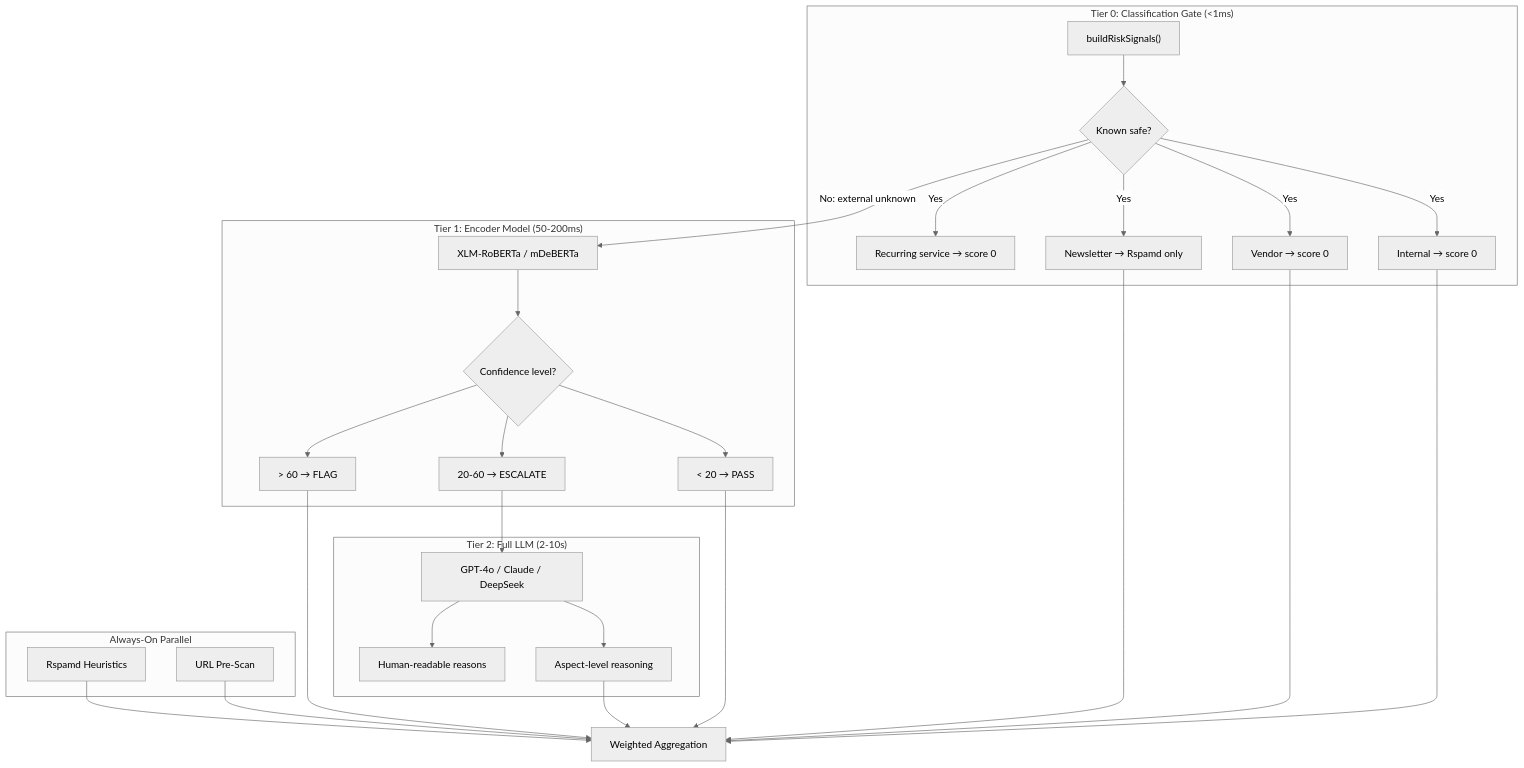
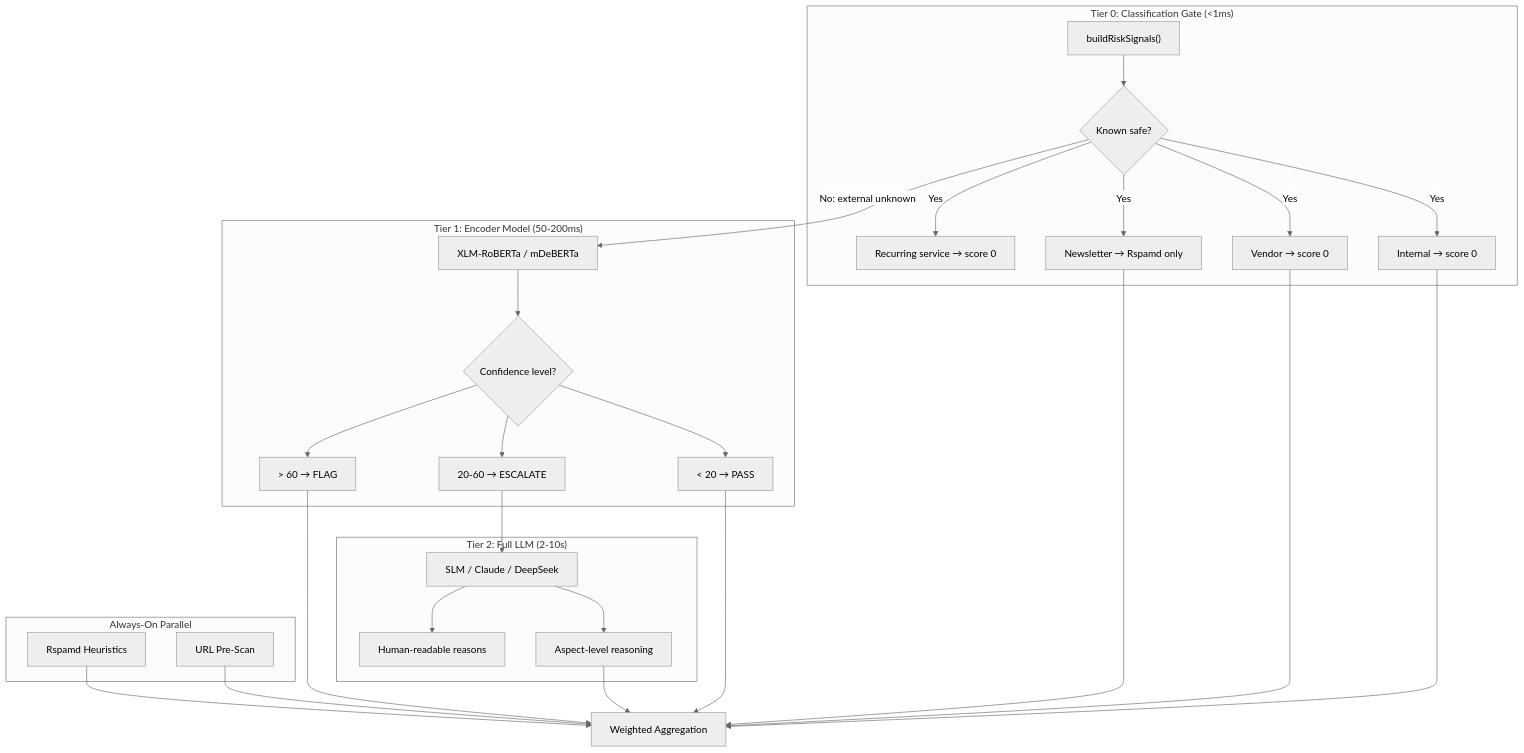
One commit to kennguy3n/sn360-es changed the third of 4 diagrams in internal/docs/ARCHITECTURE.md. Above: the diagram before and after it, drawn with Mermaid (neutral theme). The commit also changed other lines of this file and 3 other files, not shown here.

````diff
--- a/internal/docs/ARCHITECTURE.md
+++ b/internal/docs/ARCHITECTURE.md
@@ -178,53 +178,53 @@
 ```mermaid
 graph TD
     subgraph "Tier 0: Classification Gate (<1ms)"
         RS["buildRiskSignals()"]
         Gate{"Known safe?"}
         Internal["Internal → score 0"]
         Vendor["Vendor → score 0"]
         Newsletter["Newsletter → Rspamd only"]
         Recurring["Recurring service → score 0"]
     end
 
     subgraph "Tier 1: Encoder Model (50-200ms)"
         Encoder["XLM-RoBERTa / mDeBERTa"]
         T1Gate{"Confidence level?"}
         Safe["< 20 → PASS"]
         Ambiguous["20-60 → ESCALATE"]
         Threat["> 60 → FLAG"]
     end
 
     subgraph "Tier 2: Full LLM (2-10s)"
-        LLM["GPT-4o / Claude / DeepSeek"]
+        LLM["SLM / Claude / DeepSeek"]
         Aspects["Aspect-level reasoning"]
         Reasons["Human-readable reasons"]
     end
 
     subgraph "Always-On Parallel"
         Rspamd["Rspamd Heuristics"]
         URLScan["URL Pre-Scan"]
     end
 
     RS --> Gate
     Gate -->|"Yes"| Internal
     Gate -->|"Yes"| Vendor
     Gate -->|"Yes"| Newsletter
     Gate -->|"Yes"| Recurring
     Gate -->|"No: external unknown"| Encoder
     Encoder --> T1Gate
     T1Gate --> Safe
     T1Gate --> Ambiguous
     T1Gate --> Threat
     Ambiguous --> LLM
     LLM --> Aspects
     LLM --> Reasons
 
     Rspamd --> WeightedScore["Weighted Aggregation"]
     Internal --> WeightedScore
     Vendor --> WeightedScore
     Newsletter --> WeightedScore
     Safe --> WeightedScore
     Threat --> WeightedScore
     Aspects --> WeightedScore
     URLScan --> WeightedScore
 ```
````
